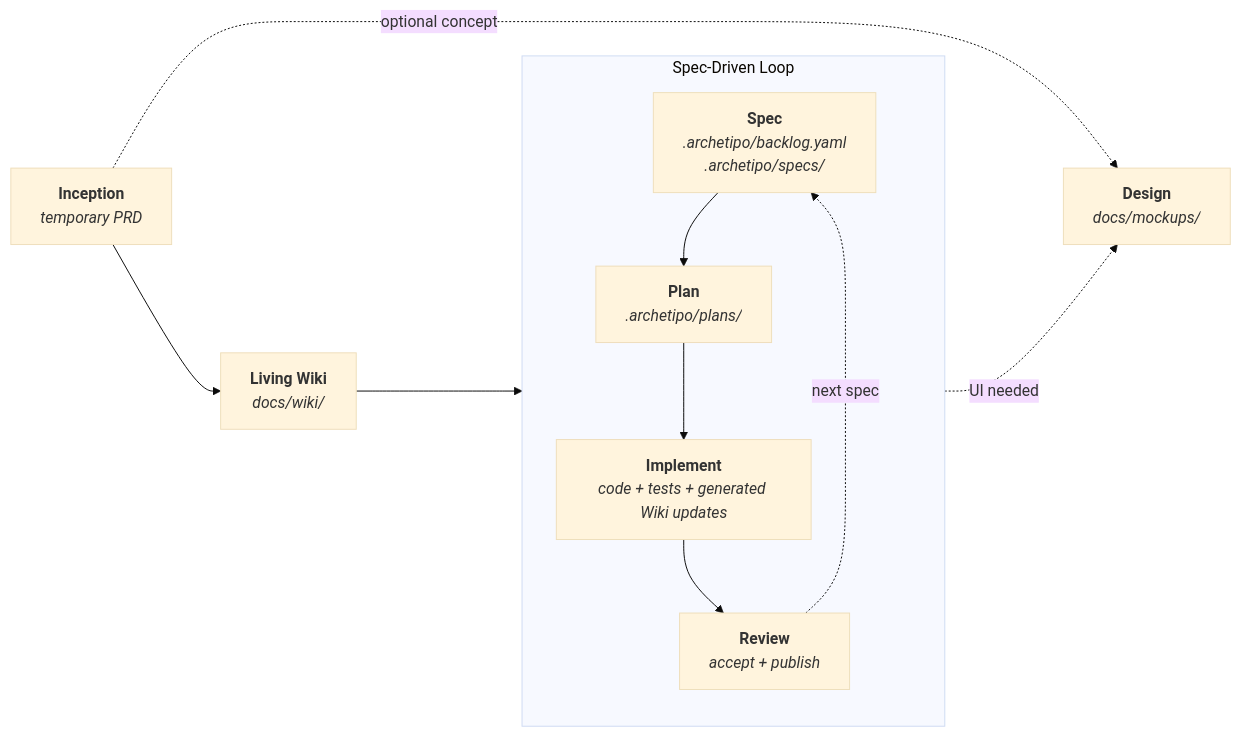
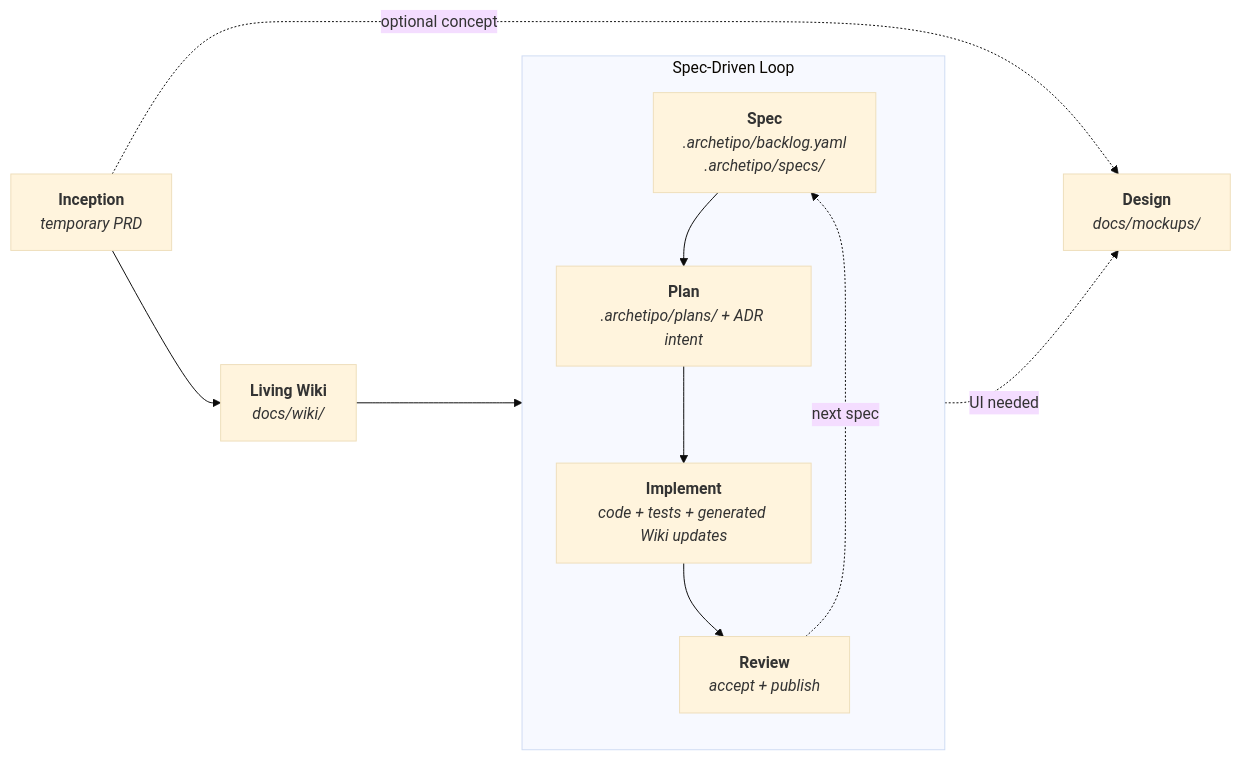
Before and after one commit to techreloaded-ar/ARchetipo: the diagram in README.md, drawn with Mermaid (base theme). The commit also changed other lines of this file and 13 other files, not shown here.

````diff
--- a/README.md
+++ b/README.md
@@ -83,16 +83,16 @@
 ```mermaid
 flowchart LR
     I["<b>Inception</b><br/><i>temporary PRD</i>"] --> W["<b>Living Wiki</b><br/><i>docs/wiki/</i>"]
     W --> S
     I -. optional concept .-> D["<b>Design</b><br/><i>docs/mockups/</i>"]
 
     subgraph Loop["Spec-Driven Loop"]
         direction TB
-        S["<b>Spec</b><br/><i>.archetipo/backlog.yaml<br/>.archetipo/specs/</i>"] --> P["<b>Plan</b><br/><i>.archetipo/plans/</i>"]
+        S["<b>Spec</b><br/><i>.archetipo/backlog.yaml<br/>.archetipo/specs/</i>"] --> P["<b>Plan</b><br/><i>.archetipo/plans/ + ADR intent</i>"]
         P --> IM["<b>Implement</b><br/><i>code + tests + generated Wiki updates</i>"]
         IM --> R["<b>Review</b><br/><i>accept + publish</i>"]
         R -. next spec .-> S
     end
 
     P -. UI needed .-> D
 ```
````
